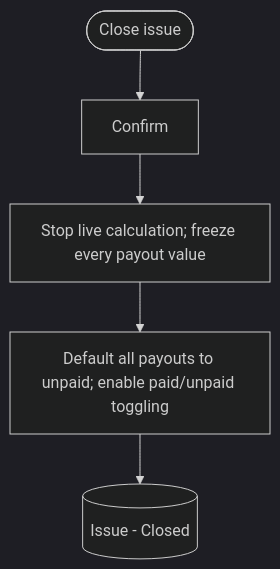
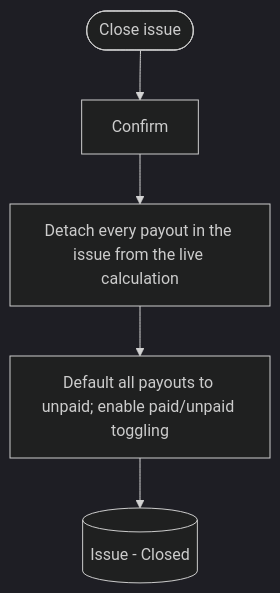
The eighth of 12 diagrams in docs/flows/finances_flow.md (uwblueprint/beach-metro), drawn with Mermaid (dark theme) before and after one commit. The commit also changed other lines of this file and 3 other files, not shown here.

````diff
--- a/docs/flows/finances_flow.md
+++ b/docs/flows/finances_flow.md
@@ -135,7 +168,7 @@
 ```mermaid
 flowchart TD
     Start([Close issue]) --> Confirm[Confirm]
-    Confirm --> Stop[Stop live calculation; freeze every payout value]
+    Confirm --> Stop[Detach every payout in the issue from the live calculation]
     Stop --> Unpaid[Default all payouts to unpaid; enable paid/unpaid toggling]
     Unpaid --> Closed[(Issue - Closed)]
 ```
````
